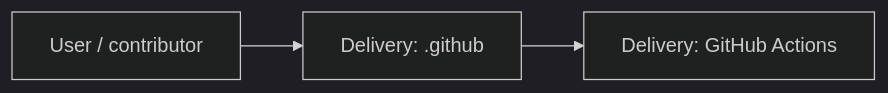
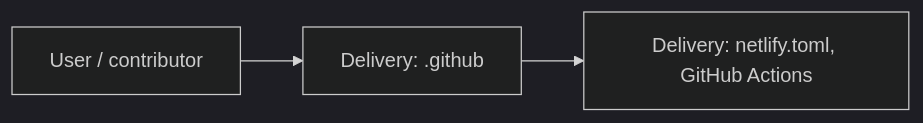
The third of 5 diagrams in README.md (Nischhalsubba/wp_Theme_Ronal), drawn with Mermaid (dark theme) before and after one commit. The commit also changed other lines of this file, not shown here.

````diff
--- a/README.md
+++ b/README.md
@@ -94,6 +94,6 @@
 ```mermaid
 flowchart LR
     USER["User / contributor"]
     USER --> A0["Delivery: .github"]
-    A0 --> DELIVERY["Delivery: GitHub Actions"]
+    A0 --> DELIVERY["Delivery: netlify.toml, GitHub Actions"]
 ```
````
